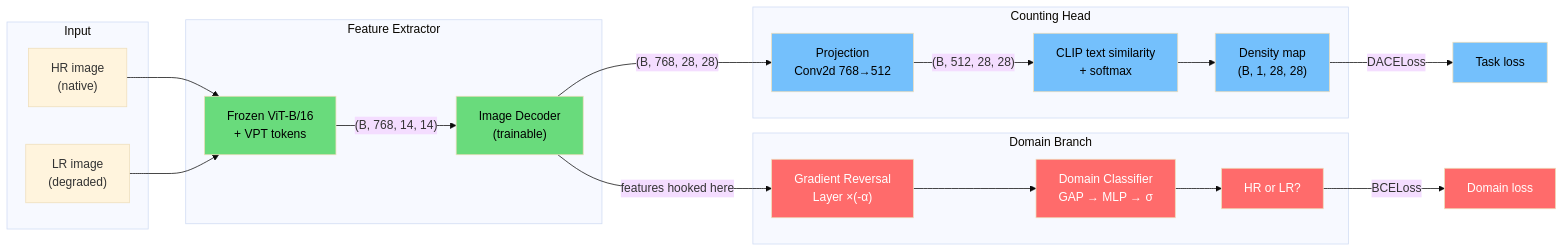
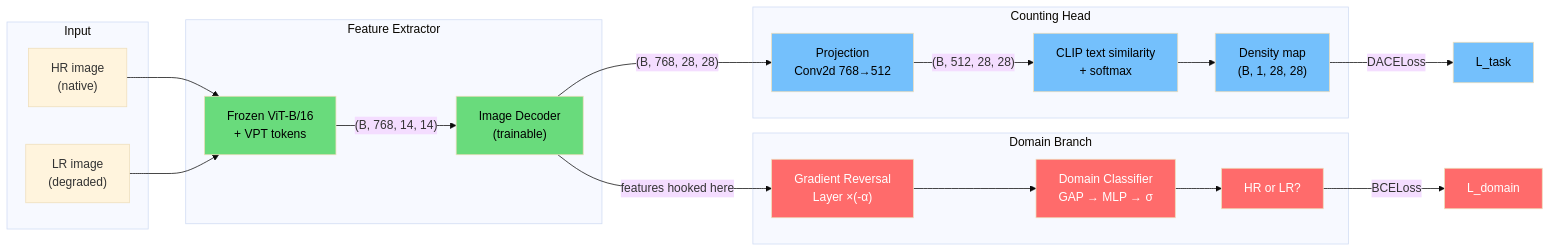
The first of 2 diagrams in src/dann/README.md (yerenkl/multi-resolution-crowd-counting), drawn with Mermaid (base theme) before and after one commit. The commit also changed other lines of this file and 17 other files, not shown here.

````diff
--- a/src/dann/README.md
+++ b/src/dann/README.md
@@ -29,48 +29,48 @@
 ```mermaid
 graph LR
     subgraph Input
         HR["HR image<br/>(native)"]
         LR["LR image<br/>(degraded)"]
     end
 
     subgraph Feature Extractor
         ENC["Frozen ViT-B/16<br/>+ VPT tokens"]
         DEC["Image Decoder<br/>(trainable)"]
     end
 
     subgraph Counting Head
         PROJ["Projection<br/>Conv2d 768→512"]
         SIM["CLIP text similarity<br/>+ softmax"]
         DENSITY["Density map<br/>(B, 1, 28, 28)"]
     end
 
     subgraph Domain Branch
         GRL["Gradient Reversal<br/>Layer ×(-α)"]
         DC["Domain Classifier<br/>GAP → MLP → σ"]
         DOMAIN["HR or LR?"]
     end
 
     HR --> ENC
     LR --> ENC
     ENC -->|"(B, 768, 14, 14)"| DEC
     DEC -->|"(B, 768, 28, 28)"| PROJ
     PROJ -->|"(B, 512, 28, 28)"| SIM
     SIM --> DENSITY
-    DENSITY -->|"DACELoss"| TASK_LOSS["Task loss"]
+    DENSITY -->|"DACELoss"| TASK_LOSS["L_task"]
 
     DEC -->|"features hooked here"| GRL
     GRL --> DC
     DC --> DOMAIN
-    DOMAIN -->|"BCELoss"| DOMAIN_LOSS["Domain loss"]
+    DOMAIN -->|"BCELoss"| DOMAIN_LOSS["L_domain"]
 
     style GRL fill:#ff6b6b,color:#fff
     style DC fill:#ff6b6b,color:#fff
     style DOMAIN fill:#ff6b6b,color:#fff
     style DOMAIN_LOSS fill:#ff6b6b,color:#fff
     style ENC fill:#69db7c,color:#000
     style DEC fill:#69db7c,color:#000
     style PROJ fill:#74c0fc,color:#000
     style SIM fill:#74c0fc,color:#000
     style DENSITY fill:#74c0fc,color:#000
     style TASK_LOSS fill:#74c0fc,color:#000
 ```
````
